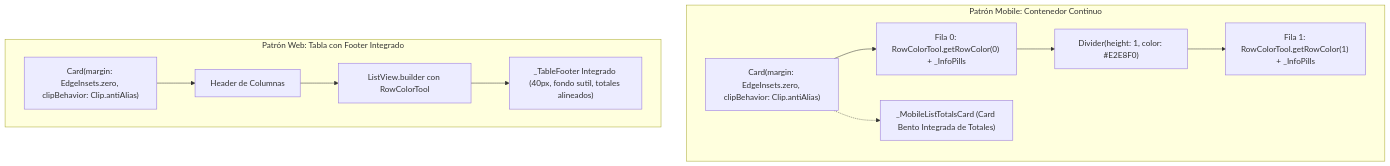
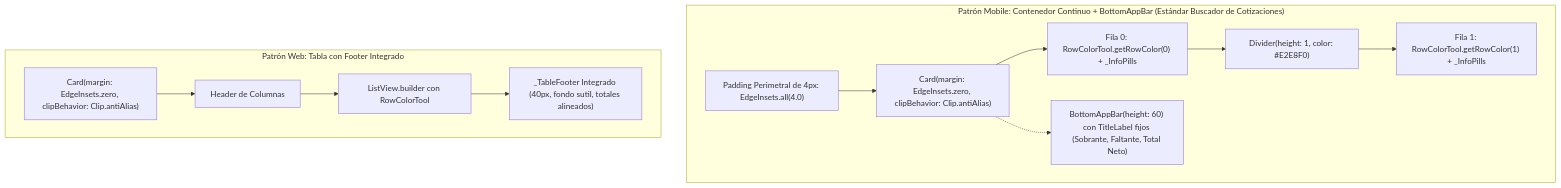
One commit to NathanDraco22/kardex-app-web changed the second of 2 diagrams in wiki/diseno_e_identidad_visual.md. Above: the diagram before and after it, drawn with Mermaid. The commit also changed other lines of this file and 35 other files, not shown here.

````diff
--- a/wiki/diseno_e_identidad_visual.md
+++ b/wiki/diseno_e_identidad_visual.md
@@ -82,26 +82,28 @@
 ```mermaid
 flowchart TD
-    subgraph MobileLayout ["Patrón Mobile: Contenedor Continuo"]
+    subgraph MobileLayout ["Patrón Mobile: Contenedor Continuo + BottomAppBar (Estándar Buscador de Cotizaciones)"]
+        MPadding["Padding Perimetral de 4px: EdgeInsets.all(4.0)"]
         MCard["Card(margin: EdgeInsets.zero, clipBehavior: Clip.antiAlias)"]
         MRow0["Fila 0: RowColorTool.getRowColor(0) + _InfoPills"]
         MDiv0["Divider(height: 1, color: #E2E8F0)"]
         MRow1["Fila 1: RowColorTool.getRowColor(1) + _InfoPills"]
-        MTotals["_MobileListTotalsCard (Card Bento Integrada de Totales)"]
+        MBottomBar["BottomAppBar(height: 60) con TitleLabel fijos (Sobrante, Faltante, Total Neto)"]
         
+        MPadding --> MCard
         MCard --> MRow0
         MRow0 --> MDiv0
         MDiv0 --> MRow1
-        MCard -.-> MTotals
+        MCard -.-> MBottomBar
     end
 
     subgraph WebLayout ["Patrón Web: Tabla con Footer Integrado"]
         WCard["Card(margin: EdgeInsets.zero, clipBehavior: Clip.antiAlias)"]
         WHeader["Header de Columnas"]
         WRows["ListView.builder con RowColorTool"]
         WFooter["_TableFooter Integrado (40px, fondo sutil, totales alineados)"]
         
         WCard --> WHeader
         WHeader --> WRows
         WRows --> WFooter
     end
 ```
````
